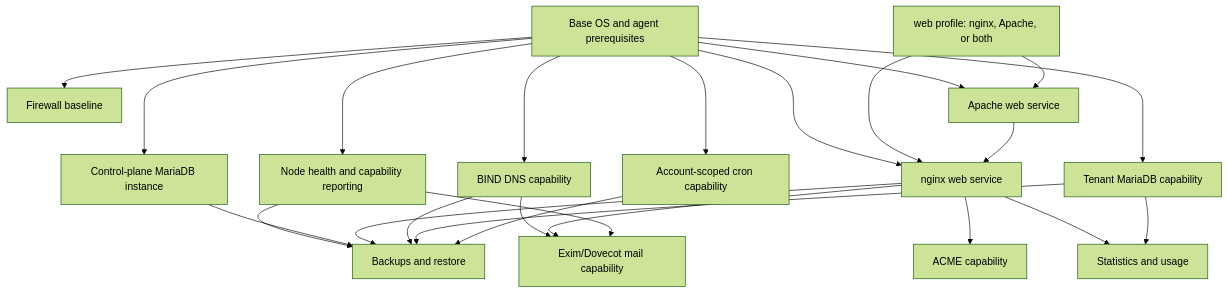
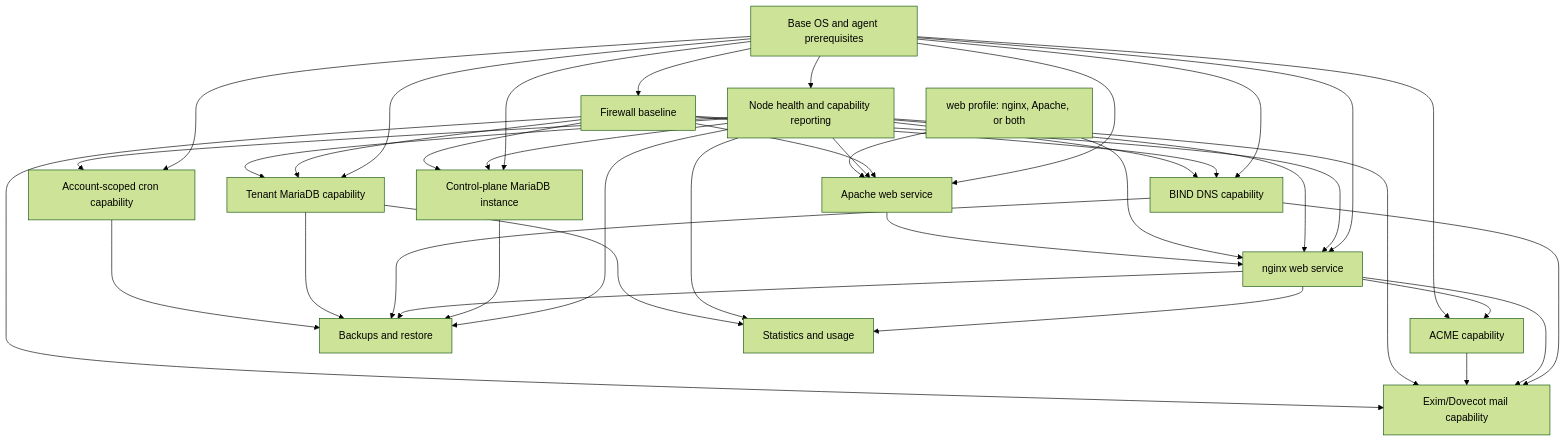
Before and after one commit to mikho/LESta: the diagram in docs/adr/0002-service-installation-and-build-sequencing.md, drawn with Mermaid (forest theme). The commit also changed other lines of this file and 17 other files, not shown here.

````diff
--- a/docs/adr/0002-service-installation-and-build-sequencing.md
+++ b/docs/adr/0002-service-installation-and-build-sequencing.md
@@ -85,41 +90,56 @@
 ```mermaid
 flowchart TD
     Base[Base OS and agent prerequisites]
     Firewall[Firewall baseline]
     Health[Node health and capability reporting]
     ControlDB[Control-plane MariaDB instance]
     Nginx[nginx web service]
     Apache[Apache web service]
     WebProfile[web profile: nginx, Apache, or both]
     ACME[ACME capability]
     DNS[BIND DNS capability]
     TenantDB[Tenant MariaDB capability]
     Cron[Account-scoped cron capability]
     Backups[Backups and restore]
     Stats[Statistics and usage]
     Mail[Exim/Dovecot mail capability]
 
     Base --> Firewall
     Base --> Health
     Base --> ControlDB
+    Health --> ControlDB
+    Firewall --> ControlDB
     Base --> Nginx
+    Firewall --> Nginx
+    Health --> Nginx
     Base --> Apache
+    Firewall --> Apache
+    Health --> Apache
     WebProfile --> Nginx
     WebProfile --> Apache
     Apache --> Nginx
     Nginx --> ACME
+    Base --> ACME
     Base --> DNS
+    Firewall --> DNS
+    Health --> DNS
     Base --> TenantDB
+    Firewall --> TenantDB
+    Health --> TenantDB
     Base --> Cron
+    Health --> Cron
     Health --> Backups
     ControlDB --> Backups
     Nginx --> Backups
     DNS --> Backups
     TenantDB --> Backups
     Cron --> Backups
     Nginx --> Stats
+    Health --> Stats
     TenantDB --> Stats
     DNS --> Mail
     Nginx --> Mail
+    ACME --> Mail
     Health --> Mail
+    Firewall --> Mail
 ```
````
